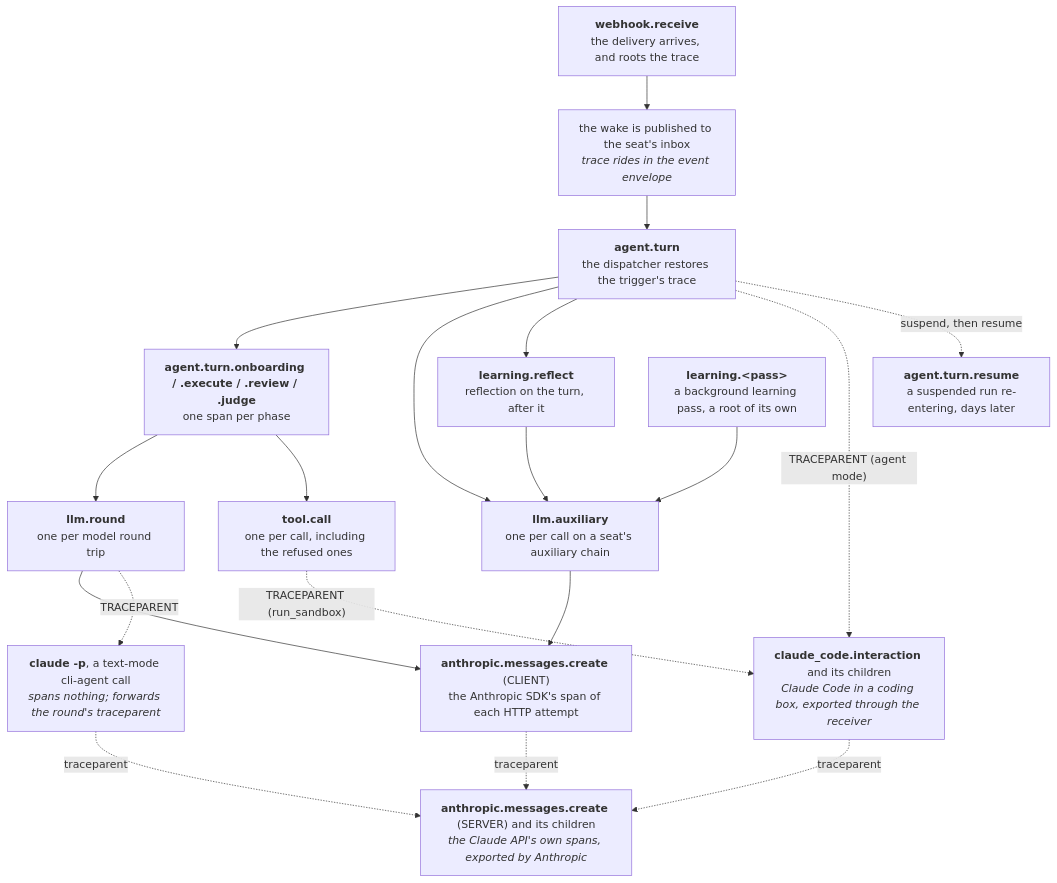
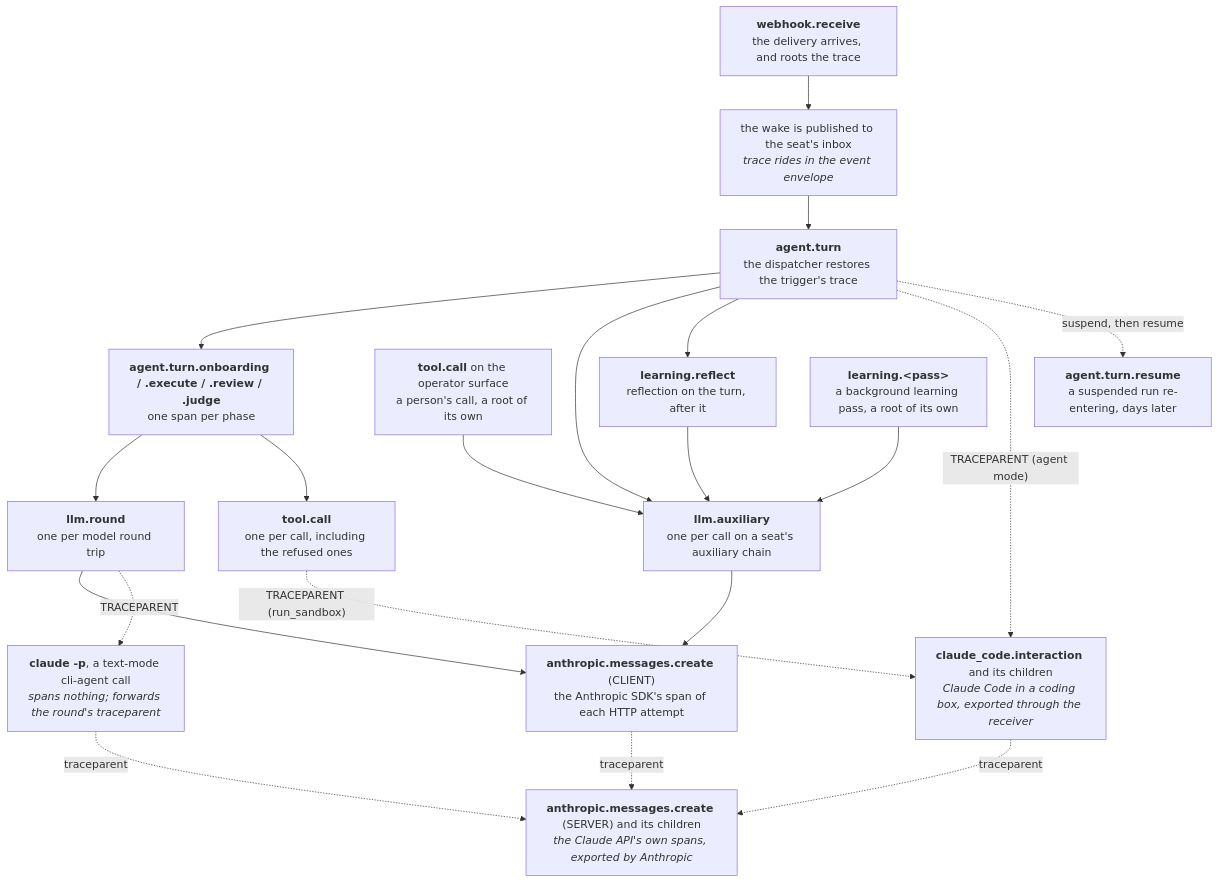
One commit to crewlet/crewlet changed the diagram in docs/guides/deployment.md. Above: the diagram before and after it, drawn with Mermaid. The commit also changed other lines of this file and 11 other files, not shown here.

````diff
--- a/docs/guides/deployment.md
+++ b/docs/guides/deployment.md
@@ -1218,33 +1218,35 @@
 ```mermaid
 flowchart TD
     A["<b>webhook.receive</b><br/>the delivery arrives, and roots the trace"]
     B["the wake is published to the seat's inbox<br/><i>trace rides in the event envelope</i>"]
     C["<b>agent.turn</b><br/>the dispatcher restores the trigger's trace"]
     D["<b>agent.turn.onboarding / .execute / .review / .judge</b><br/>one span per phase"]
     E["<b>llm.round</b><br/>one per model round trip"]
     F["<b>tool.call</b><br/>one per call, including the refused ones"]
+    O["<b>tool.call</b> on the operator surface<br/>a person's call, a root of its own"]
     G["<b>agent.turn.resume</b><br/>a suspended run re-entering, days later"]
     L["<b>llm.auxiliary</b><br/>one per call on a seat's auxiliary chain"]
     R["<b>learning.reflect</b><br/>reflection on the turn, after it"]
     P["<b>learning.&lt;pass&gt;</b><br/>a background learning pass, a root of its own"]
     H["<b>anthropic.messages.create</b> (CLIENT)<br/>the Anthropic SDK's span of each HTTP attempt"]
     J["<b>claude -p</b>, a text-mode cli-agent call<br/><i>spans nothing; forwards the round's traceparent</i>"]
     K["<b>claude_code.interaction</b> and its children<br/><i>Claude Code in a coding box, exported through the receiver</i>"]
     I["<b>anthropic.messages.create</b> (SERVER) and its children<br/><i>the Claude API's own spans, exported by Anthropic</i>"]
     A --> B --> C --> D
     D --> E
     D --> F
     E --> H
     C --> L
     C --> R
     R --> L
     P --> L
+    O --> L
     L --> H
     E -.->|"TRACEPARENT"| J
     F -.->|"TRACEPARENT (run_sandbox)"| K
     C -.->|"TRACEPARENT (agent mode)"| K
     H -.->|"traceparent"| I
     J -.->|"traceparent"| I
     K -.->|"traceparent"| I
     C -.->|"suspend, then resume"| G
 ```
````
